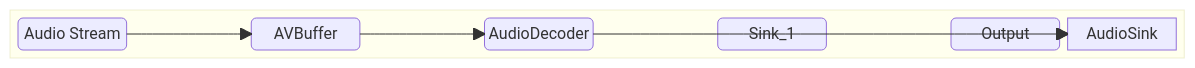
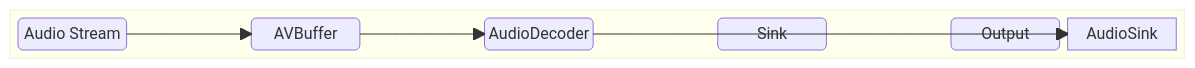
One commit to davidkoo-brcm/rdk-halif-aidl-test-audiosink changed the first of 2 diagrams in docs/pages/audioSink_High-Level_TestSpecification.md. Above: the diagram before and after it, drawn with Mermaid.

Commit message:
gh #22 updated HLD.

````diff
--- a/docs/pages/audioSink_High-Level_TestSpecification.md
+++ b/docs/pages/audioSink_High-Level_TestSpecification.md
@@ -86,10 +86,10 @@
 ```mermaid
 block-beta
     block:1
-        AudioStream("Audio Stream") space AVBuffer("AVBuffer") space AudioDecoder("AudioDecoder")  space Sink("Sink_1") space Output("Output")
+        AudioStream("Audio Stream") space AVBuffer("AVBuffer") space AudioDecoder("AudioDecoder") space Sink("Sink") space Output("Output")
         AudioStream --> AVBuffer
         AVBuffer --> AudioDecoder
         AudioDecoder --> AudioSink
         AudioSink-->Output
     end
 ```
````
